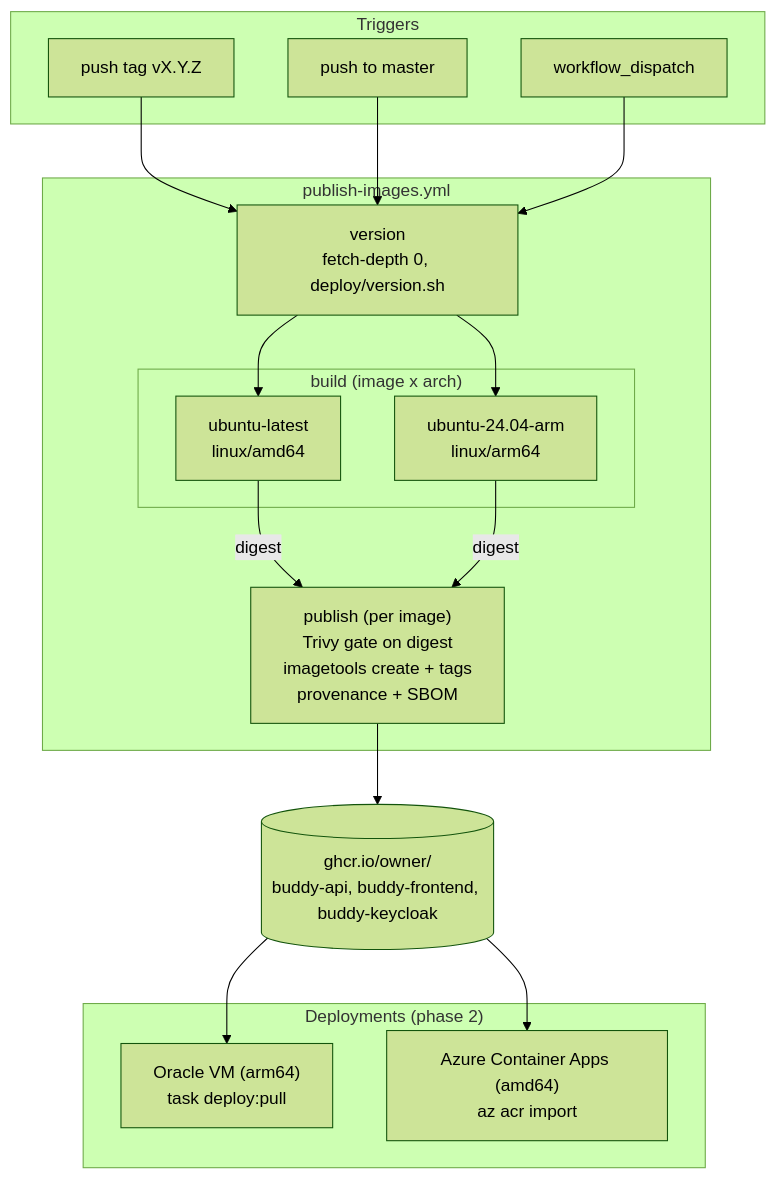
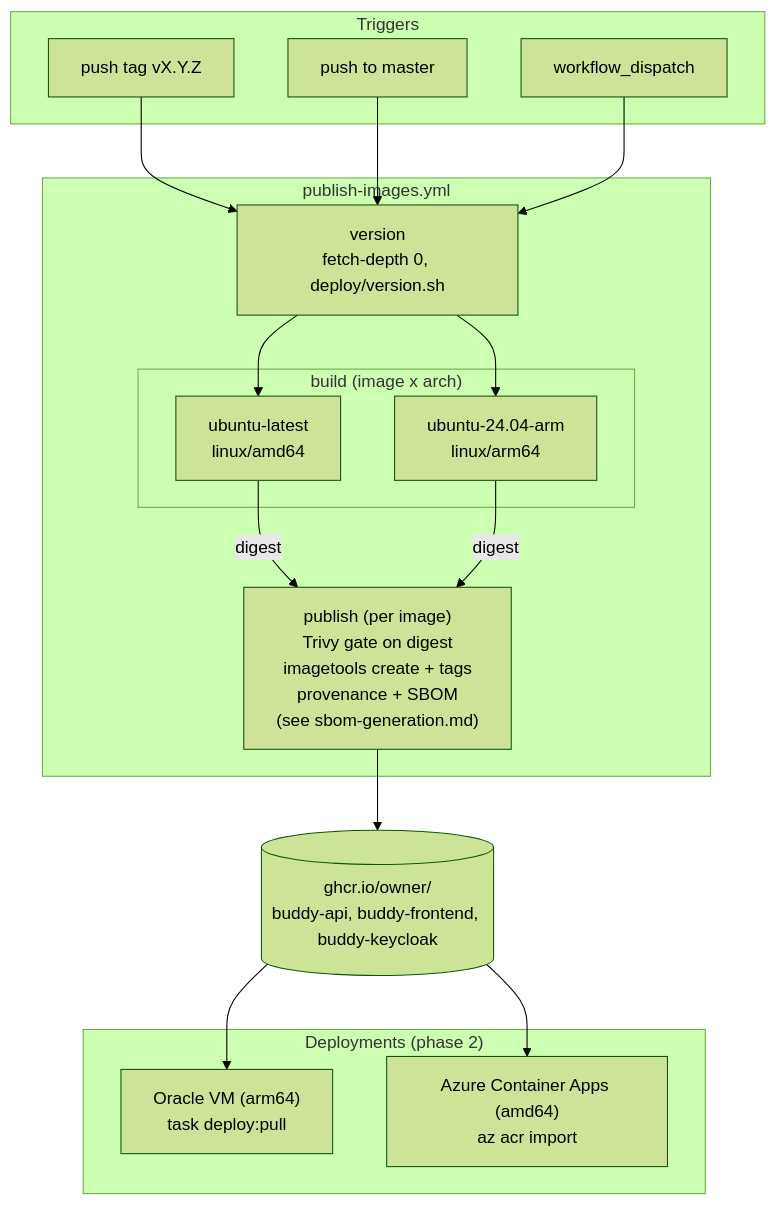
The diagram in docs/backend/analysis/publish-docker-images.md (kimipsen/buddy), drawn with Mermaid (forest theme) before and after one commit. The commit also changed other lines of this file and 6 other files, not shown here.

````diff
--- a/docs/backend/analysis/publish-docker-images.md
+++ b/docs/backend/analysis/publish-docker-images.md
@@ -248,31 +248,31 @@
 ```mermaid
 flowchart TB
     subgraph Triggers["Triggers"]
         Tag["push tag vX.Y.Z"]
         Master["push to master"]
         Manual["workflow_dispatch"]
     end
     subgraph Workflow["publish-images.yml"]
         Version["version\nfetch-depth 0, deploy/version.sh"]
         subgraph Build["build (image x arch)"]
             Amd["ubuntu-latest\nlinux/amd64"]
             Arm["ubuntu-24.04-arm\nlinux/arm64"]
         end
-        Publish["publish (per image)\nTrivy gate on digest\nimagetools create + tags\nprovenance + SBOM"]
+        Publish["publish (per image)\nTrivy gate on digest\nimagetools create + tags\nprovenance + SBOM\n(see sbom-generation.md)"]
     end
     GHCR[("ghcr.io/owner/\nbuddy-api, buddy-frontend, buddy-keycloak")]
     subgraph Deploys["Deployments (phase 2)"]
         VM["Oracle VM (arm64)\ntask deploy:pull"]
         Azure["Azure Container Apps (amd64)\naz acr import"]
     end
     Tag --> Version
     Master --> Version
     Manual --> Version
     Version --> Amd
     Version --> Arm
     Amd -- "digest" --> Publish
     Arm -- "digest" --> Publish
     Publish --> GHCR
     GHCR --> VM
     GHCR --> Azure
 ```
````
